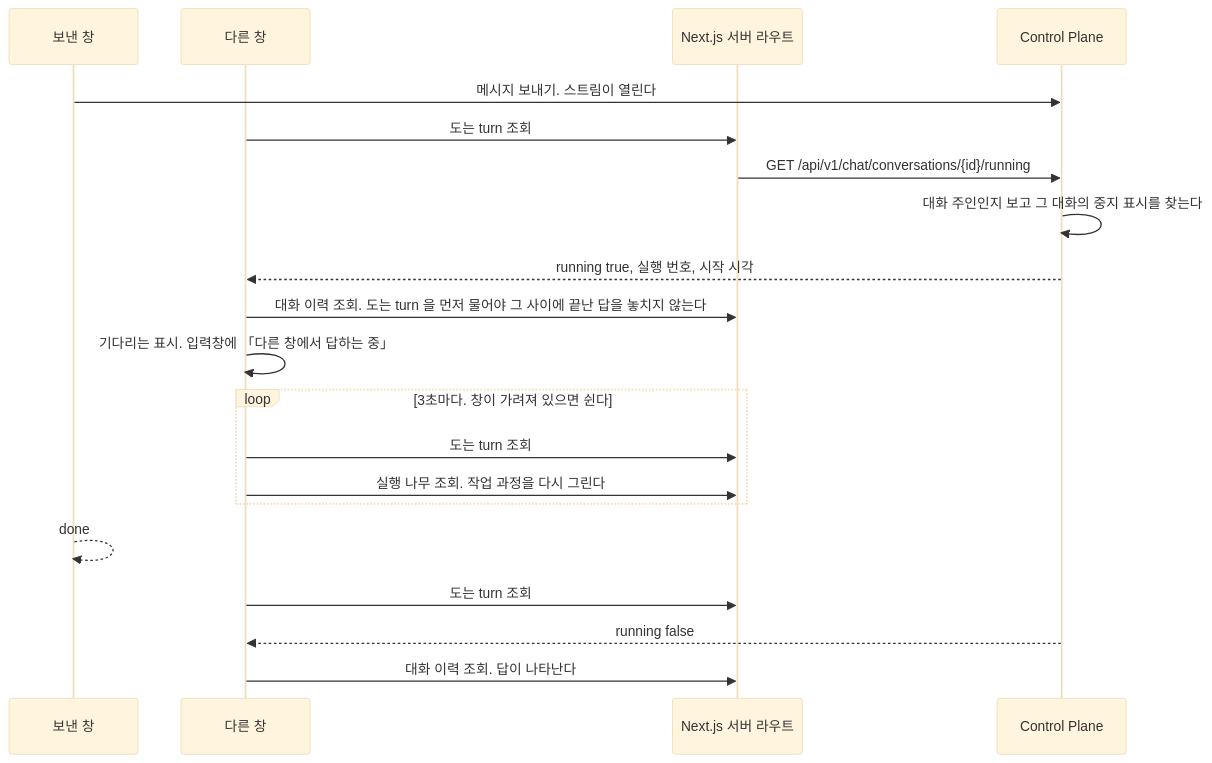
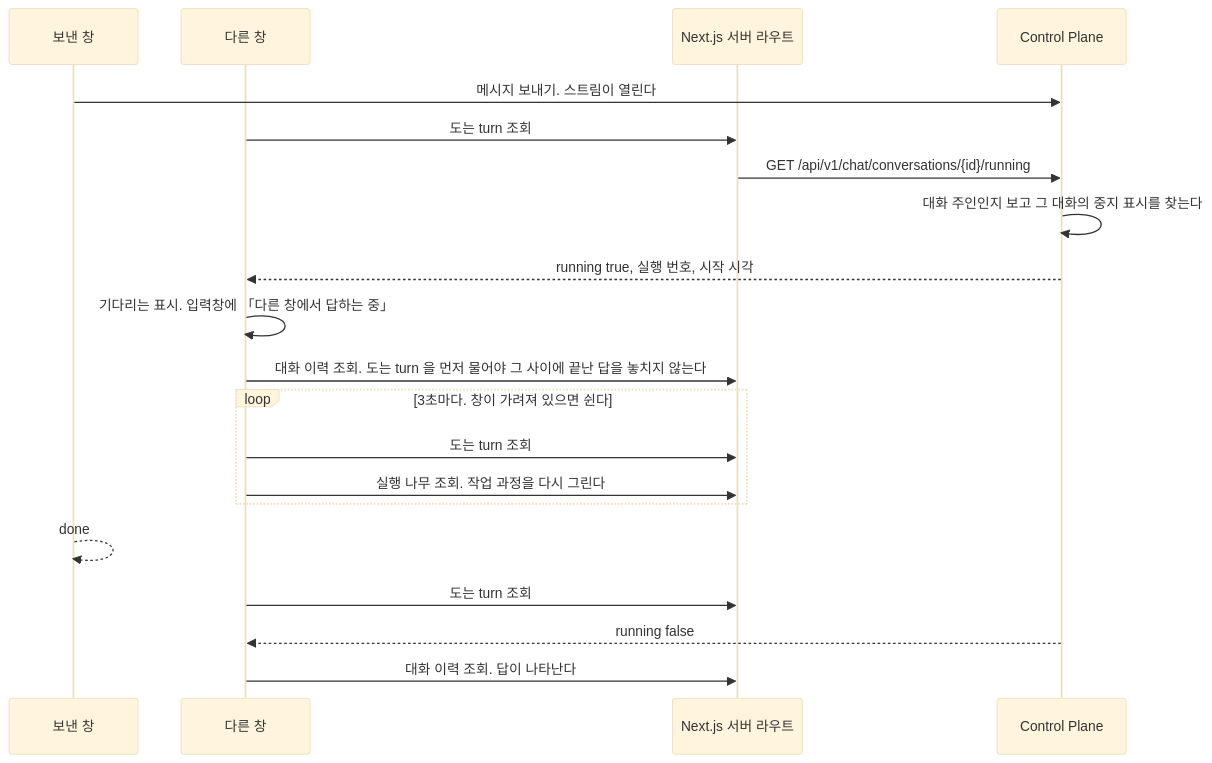
Before and after one commit to jon890/fos-assistant: diagram 13 of 14 in docs/flow.md, drawn with Mermaid (base theme). The commit also changed other lines of this file and 2 other files, not shown here.

First line of the commit message:
fix(web): 검토 반영: 보는 창에서 대화가 지워지면 찾을 수 없다는 화면으로 가고 흐름 지연 표시를 되돌린다

````diff
--- a/docs/flow.md
+++ b/docs/flow.md
@@ -795,23 +795,23 @@
 ```mermaid
 sequenceDiagram
     participant A as 보낸 창
     participant B as 다른 창
     participant W as Next.js 서버 라우트
     participant C as Control Plane
 
     A->>C: 메시지 보내기. 스트림이 열린다
     B->>W: 도는 turn 조회
     W->>C: GET /api/v1/chat/conversations/{id}/running
     C->>C: 대화 주인인지 보고 그 대화의 중지 표시를 찾는다
     C-->>B: running true, 실행 번호, 시작 시각
+    B->>B: 기다리는 표시. 입력창에 「다른 창에서 답하는 중」
     B->>W: 대화 이력 조회. 도는 turn 을 먼저 물어야 그 사이에 끝난 답을 놓치지 않는다
-    B->>B: 기다리는 표시. 입력창에 「다른 창에서 답하는 중」
     loop 3초마다. 창이 가려져 있으면 쉰다
         B->>W: 도는 turn 조회
         B->>W: 실행 나무 조회. 작업 과정을 다시 그린다
     end
     A-->>A: done
     B->>W: 도는 turn 조회
     C-->>B: running false
     B->>W: 대화 이력 조회. 답이 나타난다
 ```
````
